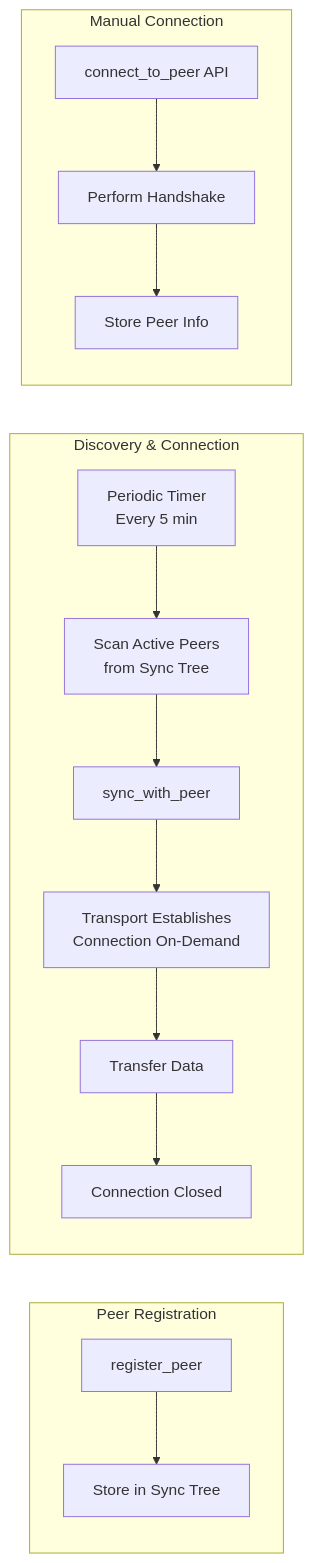
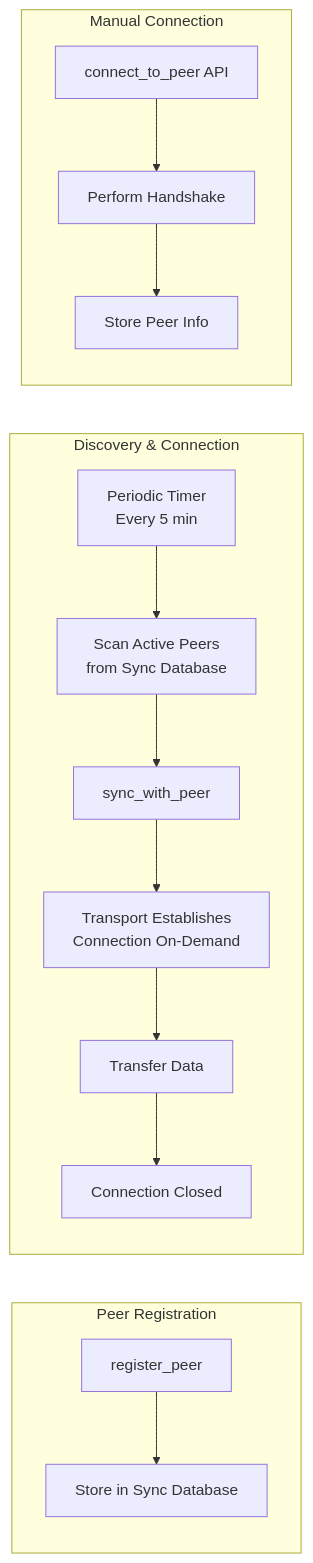
Before and after one commit to arcuru/eidetica: the fifth of 5 diagrams in docs/src/internal/core_components/synchronization.md, drawn with Mermaid. The commit also changed other lines of this file and 62 other files, not shown here.

````diff
--- a/docs/src/internal/core_components/synchronization.md
+++ b/docs/src/internal/core_components/synchronization.md
@@ -588,19 +588,19 @@
 ```mermaid
 graph LR
     subgraph "Peer Registration"
-        REG[register_peer] --> STORE[Store in Sync Tree]
+        REG[register_peer] --> STORE[Store in Sync Database]
     end
 
     subgraph "Discovery & Connection"
-        TIMER[Periodic Timer<br/>Every 5 min] --> SCAN[Scan Active Peers<br/>from Sync Tree]
+        TIMER[Periodic Timer<br/>Every 5 min] --> SCAN[Scan Active Peers<br/>from Sync Database]
         SCAN --> SYNC[sync_with_peer]
         SYNC --> CONN[Transport Establishes<br/>Connection On-Demand]
         CONN --> XFER[Transfer Data]
         XFER --> CLOSE[Connection Closed]
     end
 
     subgraph "Manual Connection"
         API[connect_to_peer API] --> HANDSHAKE[Perform Handshake]
         HANDSHAKE --> STORE2[Store Peer Info]
     end
 ```
````
